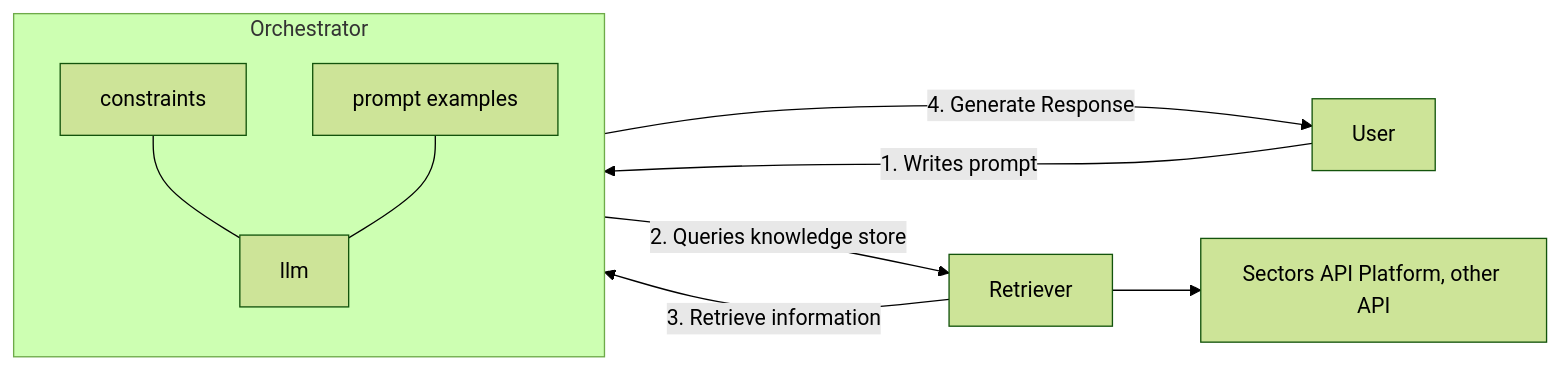
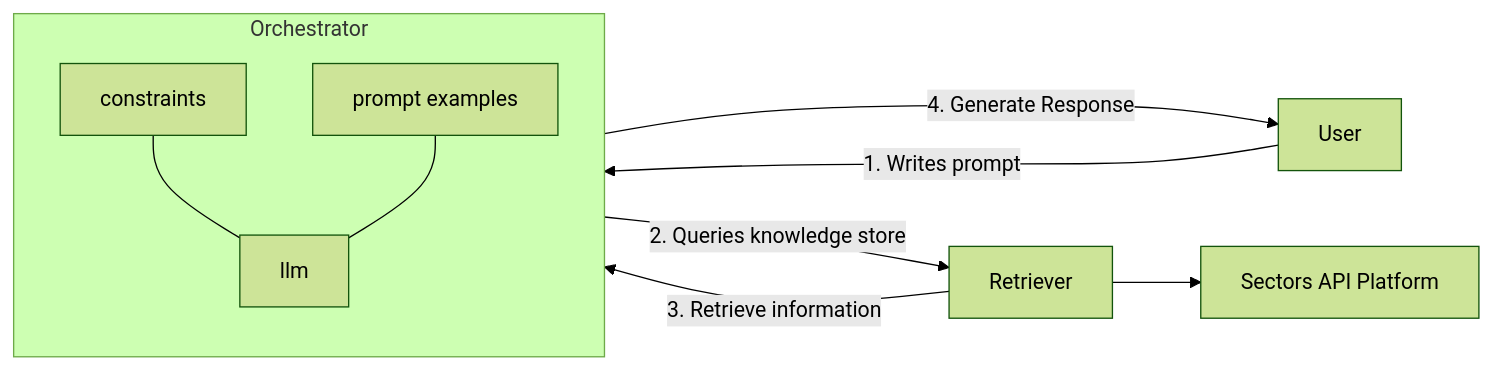
The diagram in recipes/generative-ai-python/01-background.mdx (supertypeai/sectors_api_docs), drawn with Mermaid (forest theme) before and after one commit. The commit also changed other lines of this file and 3 other files, not shown here.

````diff
--- a/recipes/generative-ai-python/01-background.mdx
+++ b/recipes/generative-ai-python/01-background.mdx
@@ -208,14 +208,14 @@
 ```mermaid
   flowchart LR
     subgraph Orchestrator
         direction TB
         top1[constraints] --- llm[llm]
         top2[prompt examples] --- llm
     end
 
     User -- 1. Writes prompt --> Orchestrator
     Orchestrator -- 2. Queries knowledge store --> Retriever
     Retriever -- 3. Retrieve information --> llm
-    Retriever --> db["Sectors API Platform, other API"]
+    Retriever --> db["Sectors API Platform"]
     llm --->|4. Generate Response| User
 ```
````
